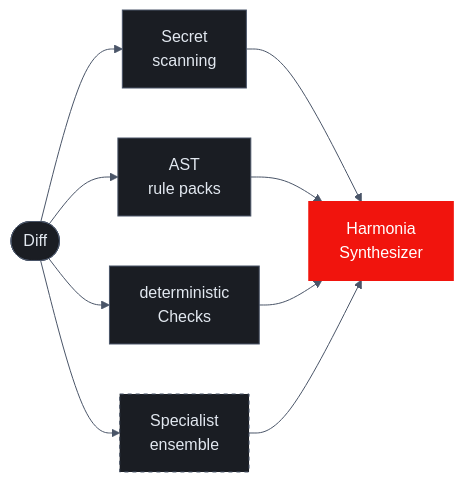
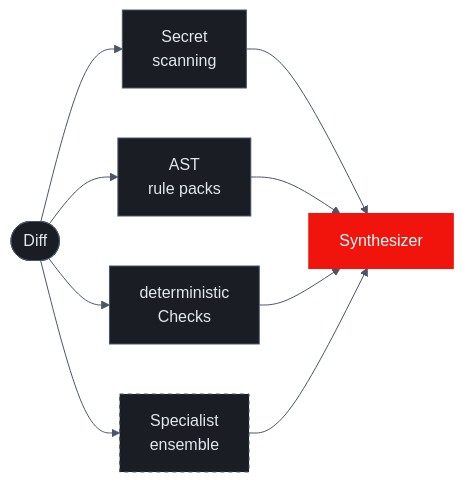
The diagram in pages/how-it-works/deterministic-checks.mdx (Arc-and-Anchor/sigilix-docs), drawn with Mermaid before and after one commit. The commit also changed other lines of this file and 31 other files, not shown here.

````diff
--- a/pages/how-it-works/deterministic-checks.mdx
+++ b/pages/how-it-works/deterministic-checks.mdx
@@ -26,32 +26,32 @@
 ```mermaid
 %%{init: {
   'theme': 'base',
   'themeVariables': {
     'primaryColor': '#1A1D23',
     'primaryTextColor': '#E2E8F0',
     'primaryBorderColor': '#4A5568',
     'lineColor': '#4A5568',
     'fontFamily': 'ui-monospace, SFMono-Regular, Menlo, Monaco, Consolas, monospace'
   }
 } }%%
 flowchart LR
     diff([Diff])
     sec["Secret<br/>scanning"]
     ast["AST<br/>rule packs"]
     det["deterministic<br/>Checks"]
     ensemble["Specialist<br/>ensemble"]
-    zeus["Harmonia<br/>Synthesizer"]
+    zeus["Synthesizer"]
 
     diff --> sec --> zeus
     diff --> ast --> zeus
     diff --> det --> zeus
     diff --> ensemble --> zeus
 
     classDef pre fill:#1A1D23,stroke:#4A5568,color:#E2E8F0,stroke-width:1px
     classDef llm fill:#1A1D23,stroke:#4A5568,color:#E2E8F0,stroke-width:1px,stroke-dasharray: 4 4
     classDef zeusStyle fill:#f1140d,stroke:#f1140d,color:#FFFFFF,stroke-width:2px
 
     class sec,ast,det pre
     class ensemble llm
     class zeus zeusStyle
 ```
````
